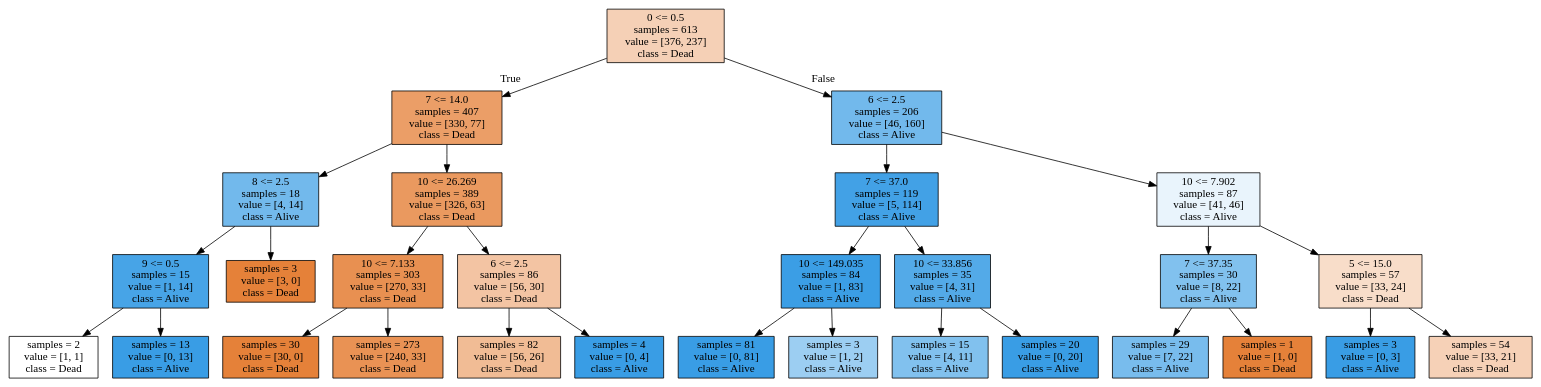
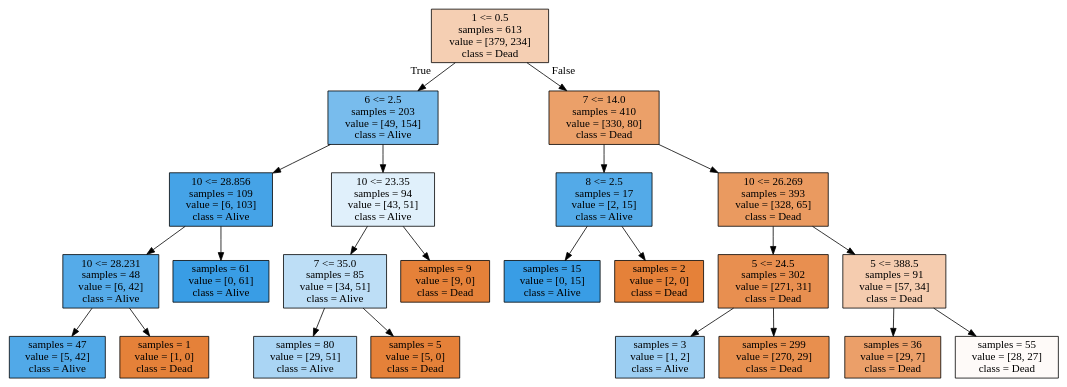
Before and after one commit to PrynsTag/Kaggle-Competitions: the diagram in 01 - Titanic - Machine Learning from Disaster /tree.dot, drawn with Graphviz. The commit also changed 2 other files, not shown here.

```diff
--- a/01 - Titanic - Machine Learning from Disaster /tree.dot
+++ b/01 - Titanic - Machine Learning from Disaster /tree.dot
@@ -1,60 +1,48 @@
 digraph Tree {
 node [shape=box, style="filled", color="black"] ;
-0 [label="0 <= 0.5\nsamples = 613\nvalue = [376, 237]\nclass = Dead", fillcolor="#f5d0b6"] ;
-1 [label="7 <= 14.0\nsamples = 407\nvalue = [330, 77]\nclass = Dead", fillcolor="#eb9e67"] ;
+0 [label="1 <= 0.5\nsamples = 613\nvalue = [379, 234]\nclass = Dead", fillcolor="#f5cfb3"] ;
+1 [label="6 <= 2.5\nsamples = 203\nvalue = [49, 154]\nclass = Alive", fillcolor="#78bced"] ;
 0 -> 1 [labeldistance=2.5, labelangle=45, headlabel="True"] ;
-2 [label="8 <= 2.5\nsamples = 18\nvalue = [4, 14]\nclass = Alive", fillcolor="#72b9ec"] ;
+2 [label="10 <= 28.856\nsamples = 109\nvalue = [6, 103]\nclass = Alive", fillcolor="#45a3e7"] ;
 1 -> 2 ;
-3 [label="9 <= 0.5\nsamples = 15\nvalue = [1, 14]\nclass = Alive", fillcolor="#47a4e7"] ;
+3 [label="10 <= 28.231\nsamples = 48\nvalue = [6, 42]\nclass = Alive", fillcolor="#55abe9"] ;
 2 -> 3 ;
-4 [label="samples = 2\nvalue = [1, 1]\nclass = Dead", fillcolor="#ffffff"] ;
+4 [label="samples = 47\nvalue = [5, 42]\nclass = Alive", fillcolor="#51a9e8"] ;
 3 -> 4 ;
-5 [label="samples = 13\nvalue = [0, 13]\nclass = Alive", fillcolor="#399de5"] ;
+5 [label="samples = 1\nvalue = [1, 0]\nclass = Dead", fillcolor="#e58139"] ;
 3 -> 5 ;
-6 [label="samples = 3\nvalue = [3, 0]\nclass = Dead", fillcolor="#e58139"] ;
+6 [label="samples = 61\nvalue = [0, 61]\nclass = Alive", fillcolor="#399de5"] ;
 2 -> 6 ;
-7 [label="10 <= 26.269\nsamples = 389\nvalue = [326, 63]\nclass = Dead", fillcolor="#ea995f"] ;
+7 [label="10 <= 23.35\nsamples = 94\nvalue = [43, 51]\nclass = Alive", fillcolor="#e0f0fb"] ;
 1 -> 7 ;
-8 [label="10 <= 7.133\nsamples = 303\nvalue = [270, 33]\nclass = Dead", fillcolor="#e89051"] ;
+8 [label="7 <= 35.0\nsamples = 85\nvalue = [34, 51]\nclass = Alive", fillcolor="#bddef6"] ;
 7 -> 8 ;
-9 [label="samples = 30\nvalue = [30, 0]\nclass = Dead", fillcolor="#e58139"] ;
+9 [label="samples = 80\nvalue = [29, 51]\nclass = Alive", fillcolor="#aad5f4"] ;
 8 -> 9 ;
-10 [label="samples = 273\nvalue = [240, 33]\nclass = Dead", fillcolor="#e99254"] ;
+10 [label="samples = 5\nvalue = [5, 0]\nclass = Dead", fillcolor="#e58139"] ;
 8 -> 10 ;
-11 [label="6 <= 2.5\nsamples = 86\nvalue = [56, 30]\nclass = Dead", fillcolor="#f3c4a3"] ;
+11 [label="samples = 9\nvalue = [9, 0]\nclass = Dead", fillcolor="#e58139"] ;
 7 -> 11 ;
-12 [label="samples = 82\nvalue = [56, 26]\nclass = Dead", fillcolor="#f1bc95"] ;
-11 -> 12 ;
-13 [label="samples = 4\nvalue = [0, 4]\nclass = Alive", fillcolor="#399de5"] ;
-11 -> 13 ;
-14 [label="6 <= 2.5\nsamples = 206\nvalue = [46, 160]\nclass = Alive", fillcolor="#72b9ec"] ;
-0 -> 14 [labeldistance=2.5, labelangle=-45, headlabel="False"] ;
-15 [label="7 <= 37.0\nsamples = 119\nvalue = [5, 114]\nclass = Alive", fillcolor="#42a1e6"] ;
-14 -> 15 ;
-16 [label="10 <= 149.035\nsamples = 84\nvalue = [1, 83]\nclass = Alive", fillcolor="#3b9ee5"] ;
-15 -> 16 ;
-17 [label="samples = 81\nvalue = [0, 81]\nclass = Alive", fillcolor="#399de5"] ;
+12 [label="7 <= 14.0\nsamples = 410\nvalue = [330, 80]\nclass = Dead", fillcolor="#eba069"] ;
+0 -> 12 [labeldistance=2.5, labelangle=-45, headlabel="False"] ;
+13 [label="8 <= 2.5\nsamples = 17\nvalue = [2, 15]\nclass = Alive", fillcolor="#53aae8"] ;
+12 -> 13 ;
+14 [label="samples = 15\nvalue = [0, 15]\nclass = Alive", fillcolor="#399de5"] ;
+13 -> 14 ;
+15 [label="samples = 2\nvalue = [2, 0]\nclass = Dead", fillcolor="#e58139"] ;
+13 -> 15 ;
+16 [label="10 <= 26.269\nsamples = 393\nvalue = [328, 65]\nclass = Dead", fillcolor="#ea9a60"] ;
+12 -> 16 ;
+17 [label="5 <= 24.5\nsamples = 302\nvalue = [271, 31]\nclass = Dead", fillcolor="#e88f50"] ;
 16 -> 17 ;
 18 [label="samples = 3\nvalue = [1, 2]\nclass = Alive", fillcolor="#9ccef2"] ;
-16 -> 18 ;
-19 [label="10 <= 33.856\nsamples = 35\nvalue = [4, 31]\nclass = Alive", fillcolor="#53aae8"] ;
-15 -> 19 ;
-20 [label="samples = 15\nvalue = [4, 11]\nclass = Alive", fillcolor="#81c1ee"] ;
-19 -> 20 ;
-21 [label="samples = 20\nvalue = [0, 20]\nclass = Alive", fillcolor="#399de5"] ;
-19 -> 21 ;
-22 [label="10 <= 7.902\nsamples = 87\nvalue = [41, 46]\nclass = Alive", fillcolor="#e9f4fc"] ;
-14 -> 22 ;
-23 [label="7 <= 37.35\nsamples = 30\nvalue = [8, 22]\nclass = Alive", fillcolor="#81c1ee"] ;
-22 -> 23 ;
-24 [label="samples = 29\nvalue = [7, 22]\nclass = Alive", fillcolor="#78bced"] ;
-23 -> 24 ;
-25 [label="samples = 1\nvalue = [1, 0]\nclass = Dead", fillcolor="#e58139"] ;
-23 -> 25 ;
-26 [label="5 <= 15.0\nsamples = 57\nvalue = [33, 24]\nclass = Dead", fillcolor="#f8ddc9"] ;
-22 -> 26 ;
-27 [label="samples = 3\nvalue = [0, 3]\nclass = Alive", fillcolor="#399de5"] ;
-26 -> 27 ;
-28 [label="samples = 54\nvalue = [33, 21]\nclass = Dead", fillcolor="#f6d1b7"] ;
-26 -> 28 ;
+17 -> 18 ;
+19 [label="samples = 299\nvalue = [270, 29]\nclass = Dead", fillcolor="#e88f4e"] ;
+17 -> 19 ;
+20 [label="5 <= 388.5\nsamples = 91\nvalue = [57, 34]\nclass = Dead", fillcolor="#f5ccaf"] ;
+16 -> 20 ;
+21 [label="samples = 36\nvalue = [29, 7]\nclass = Dead", fillcolor="#eb9f69"] ;
+20 -> 21 ;
+22 [label="samples = 55\nvalue = [28, 27]\nclass = Dead", fillcolor="#fefaf8"] ;
+20 -> 22 ;
 }
```
